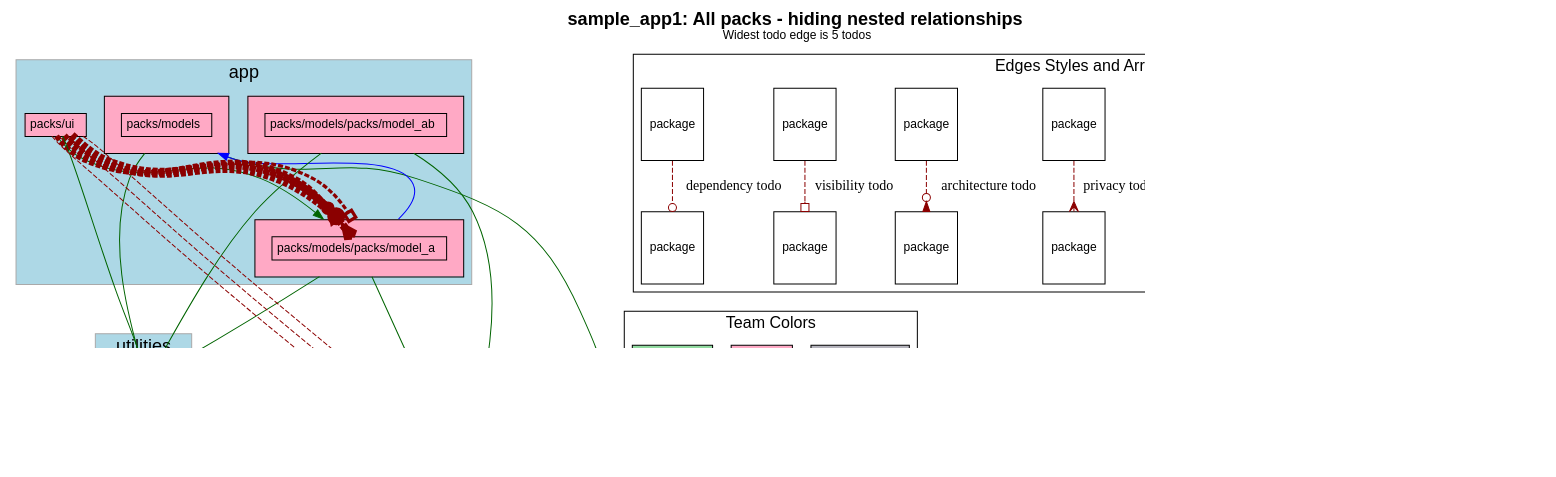
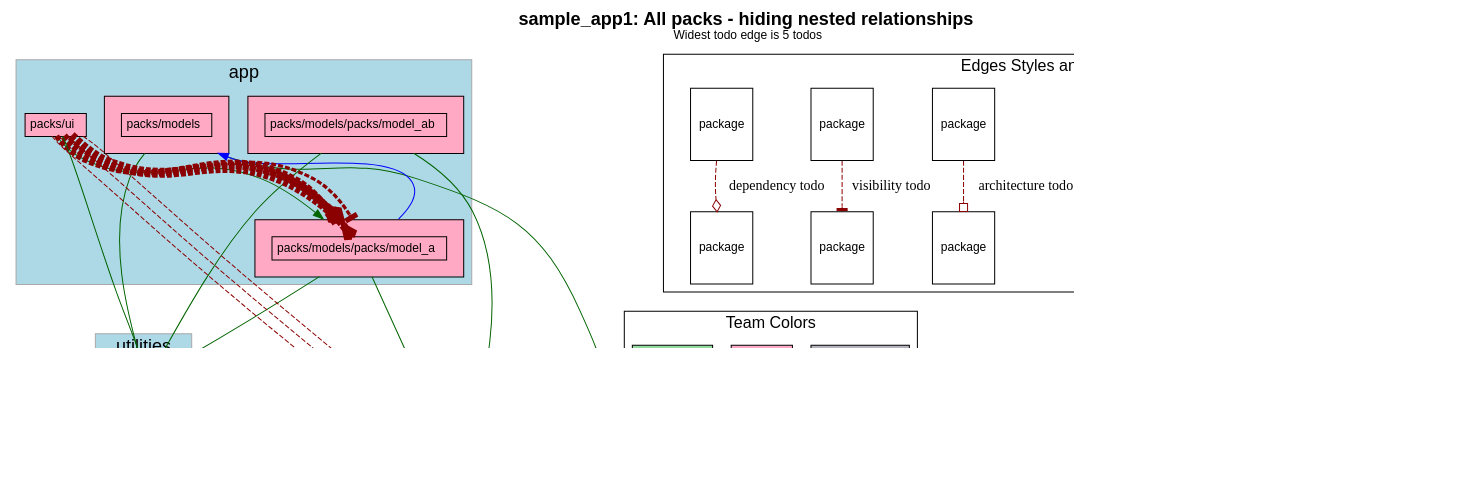
The diagram in spec/sample_app1/test_output/no_nested.dot (rubyatscale/visualize_packs), drawn with Graphviz before and after one commit. The commit also changed 20 other files, not shown here.

```diff
--- a/spec/sample_app1/test_output/no_nested.dot
+++ b/spec/sample_app1/test_output/no_nested.dot
@@ -138,40 +138,40 @@
           "packs/models/packs/model_ab" -> "." [ color=darkgreen ]
           "packs/ui" -> "packs/models/packs/model_a" [ color=darkgreen ]
           "packs/ui" -> "packs/utility" [ color=darkgreen ]
-            "packs/ui" -> "." [ color=darkred style=dashed
+            "packs/ui" -> "." [
                 constraint=false
               # headlabel="dependency"
-                arrowhead=odot
+color=darkred style=dashed arrowhead=odiamond
               penwidth=1.0            ]
-            "packs/ui" -> "." [ color=darkred style=dashed
+            "packs/ui" -> "." [
                 constraint=false
               # headlabel="architecture"
-                arrowhead=invodot
+color=darkred style=dashed arrowhead=obox
               penwidth=1.0            ]
-            "packs/ui" -> "." [ color=darkred style=dashed
+            "packs/ui" -> "." [
                 constraint=false
               # headlabel="visibility"
-                arrowhead=obox
+color=darkred style=dashed arrowhead=tee
               penwidth=1.0            ]
-            "packs/ui" -> "packs/models/packs/model_a" [ color=darkred style=dashed
+            "packs/ui" -> "packs/models/packs/model_a" [
                 constraint=false
               # headlabel="dependency"
-                arrowhead=odot
+color=darkred style=dashed arrowhead=odiamond
               penwidth=10.0            ]
-            "packs/ui" -> "packs/models/packs/model_a":private [ color=darkred style=dashed
+            "packs/ui" -> "packs/models/packs/model_a":private [
                 constraint=false
               # headlabel="privacy"
-                arrowhead=crow
+color=darkred style=dashed arrowhead=crow
               penwidth=7.75            ]
-            "packs/ui" -> "packs/models/packs/model_a" [ color=darkred style=dashed
+            "packs/ui" -> "packs/models/packs/model_a" [
                 constraint=false
               # headlabel="architecture"
-                arrowhead=invodot
+color=darkred style=dashed arrowhead=obox
               penwidth=5.5            ]
-            "packs/ui" -> "packs/models/packs/model_a" [ color=darkred style=dashed
+            "packs/ui" -> "packs/models/packs/model_a" [
                 constraint=false
               # headlabel="visibility"
-                arrowhead=obox
+color=darkred style=dashed arrowhead=tee
               penwidth=3.25            ]
         "packs/models/packs/model_a" -> "packs/models" [ color=blue constraint=false ]
     subgraph cluster_legend {
@@ -179,28 +179,25 @@
       label="Edges Styles and Arrow Heads"
       A [ fontsize=12 shape=box label="package"]
       B [ fontsize=12 shape=box label="package"]
-      K [ fontsize=12 shape=box label="package"]
-      L [ fontsize=12 shape=box label="package"]
+      A -> B [label="accepted dependency" color=darkgreen]
       M [ fontsize=12 shape=box label="package"]
       N [ fontsize=12 shape=box label="package"]
-
+      M -> N [label="visibile to" color=blue]
       C [ fontsize=12 shape=box label="package"]
       D [ fontsize=12 shape=box label="package"]
+      C -> D [label="privacy todo" color=darkred style=dashed arrowhead=crow]
       E [ fontsize=12 shape=box label="package"]
       F [ fontsize=12 shape=box label="package"]
+      E -> F [label="architecture todo" color=darkred style=dashed arrowhead=obox]
       G [ fontsize=12 shape=box label="package"]
       H [ fontsize=12 shape=box label="package"]
+      G -> H [label="visibility todo" color=darkred style=dashed arrowhead=tee]
       I [ fontsize=12 shape=box label="package"]
       J [ fontsize=12 shape=box label="package"]
-
-      A -> B [label="accepted dependency" color=darkgreen]
-      K -> L [label="nested package" color=purple]
-      M -> N [label="visibile to" color=darkgreen]
-
-      C -> D [label="privacy todo" color=darkred style=dashed arrowhead=crow]
-      E -> F [label="architecture todo" color=darkred style=dashed arrowhead=invodot]
-      G -> H [label="visibility todo" color=darkred style=dashed arrowhead=obox]
-      I -> J [label="dependency todo" color=darkred style=dashed arrowhead=odot]
+      I -> J [label="dependency todo" color=darkred style=dashed arrowhead=odiamond]
+      LEGEND_NODE_1 [ label="" peripheries=0 height=0 width=0 style=invis ]
+      LEGEND_NODE_2 [ label="" peripheries=0 height=0 width=0 style=invis ]
+      LEGEND_NODE_1 -> LEGEND_NODE_2 [ style=invis ]
     }
   subgraph cluster_teams_legend {
     fontsize=16
@@ -231,5 +228,5 @@
       ]
 
   }
-    J -> "Utility TeamUtility Team" [style=invis]
+    LEGEND_NODE_2 -> "Utility TeamUtility Team" [style=invis]
 }
```
